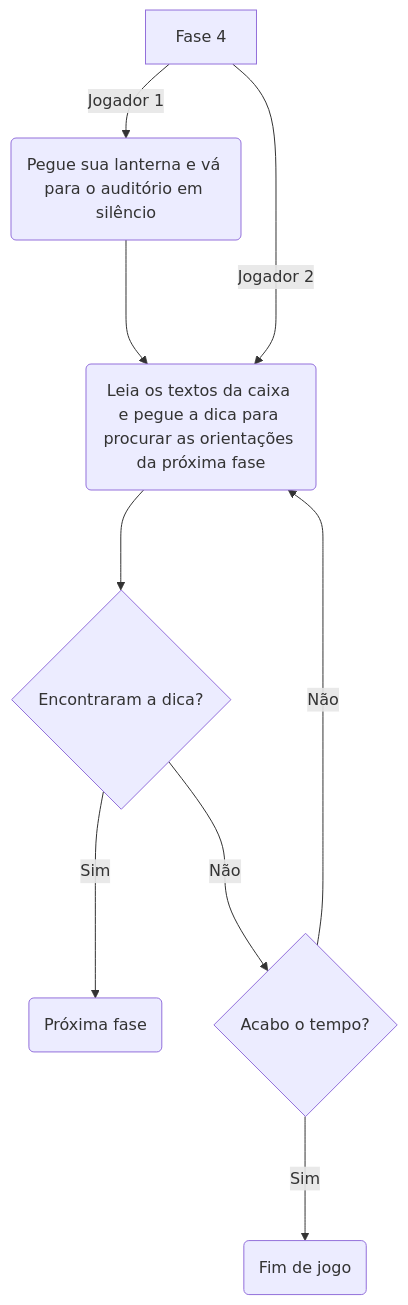
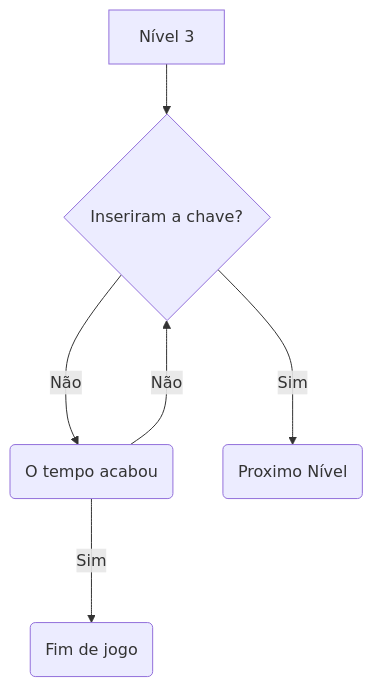
Before and after one commit to DinamicCreative/EscapeRoom: the fifth of 6 diagrams in README.md, drawn with Mermaid. The commit also changed other lines of this file, not shown here.

````diff
--- a/README.md
+++ b/README.md
@@ -130,14 +128,10 @@
 ```mermaid
-
 flowchart TD
-  A[Fase 4]
-  A --> |Jogador 1| B(Pegue sua lanterna e vá para o auditório em silêncio)
-  B ---> S
-  A --> |Jogador 2| S(Leia os textos da caixa e pegue a dica para procurar as orientações da próxima fase)
-S ---> D
-D{Encontraram a dica?} ---> |Sim| C(Próxima fase )
-D ---> |Não| F{Acabo o tempo?}
-F ---> |Sim| G(Fim de jogo)
-F ---> |Não| S
+  A[Nível 3] --> D
+   B(O tempo acabou)
+   B---> |Não| D
+   B---> |Sim| G(Fim de jogo)
+  D{Inseriram a chave?} ---> |Sim| L(Proximo Nível)
+  D---> |Não| B
 
 ```
````
